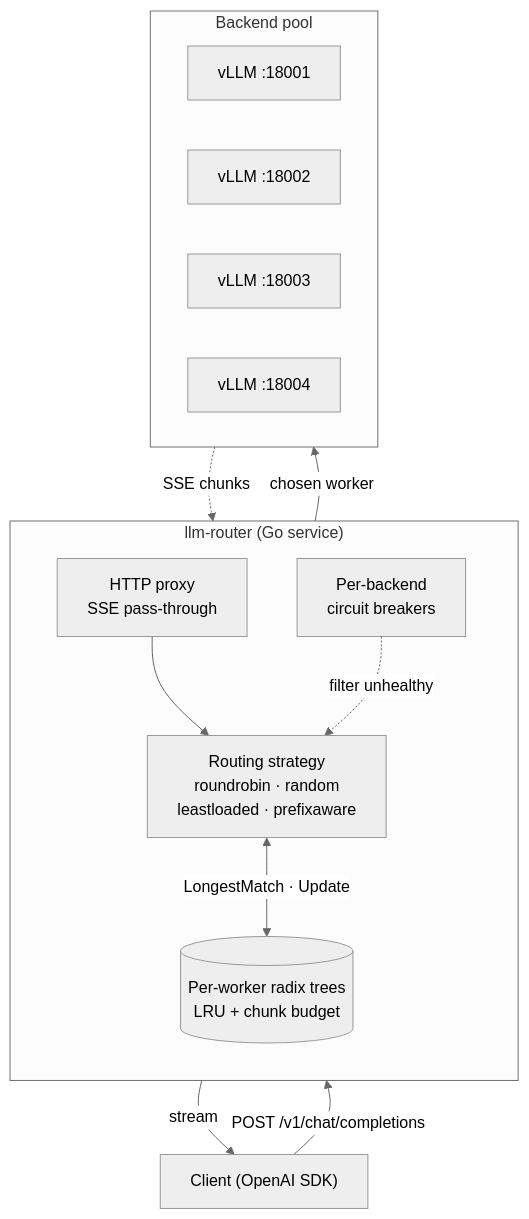
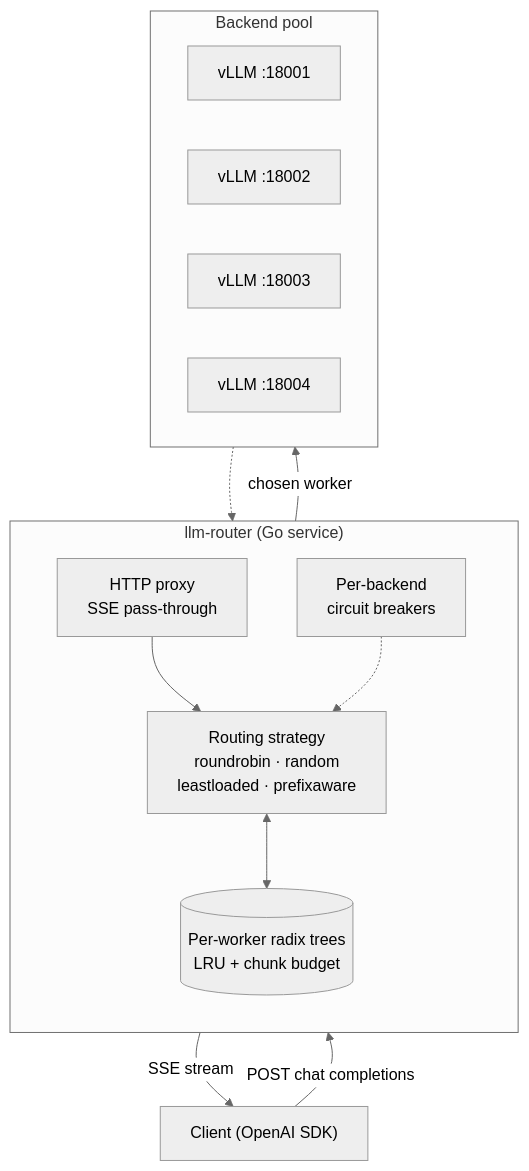
The diagram in README.md (zxuhan/llm-router), drawn with Mermaid (neutral theme) before and after one commit. The commit also changed other lines of this file and 14 other files, not shown here.

````diff
--- a/README.md
+++ b/README.md
@@ -178,31 +124,31 @@
 ```mermaid
 flowchart TD
     Client["Client (OpenAI SDK)"]
 
-    Client -->|"POST /v1/chat/completions"| Proxy
+    Client -->|"POST chat completions"| Proxy
 
     subgraph Router["llm-router (Go service)"]
         direction TB
         Proxy["HTTP proxy<br/>SSE pass-through"]
         Strategy["Routing strategy<br/>roundrobin · random<br/>leastloaded · prefixaware"]
         Trees[("Per-worker radix trees<br/>LRU + chunk budget")]
         Breaker["Per-backend<br/>circuit breakers"]
 
         Proxy --> Strategy
-        Strategy <-->|"LongestMatch · Update"| Trees
-        Breaker -.->|"filter unhealthy"| Strategy
+        Strategy <--> Trees
+        Breaker -.-> Strategy
     end
 
     Strategy -->|"chosen worker"| Pool
 
     subgraph Pool["Backend pool"]
         direction LR
         W0["vLLM :18001"]
         W1["vLLM :18002"]
         W2["vLLM :18003"]
         W3["vLLM :18004"]
     end
 
-    Pool -.->|"SSE chunks"| Proxy
-    Proxy -->|"stream"| Client
+    Pool -.-> Proxy
+    Proxy -->|"SSE stream"| Client
 ```
````
